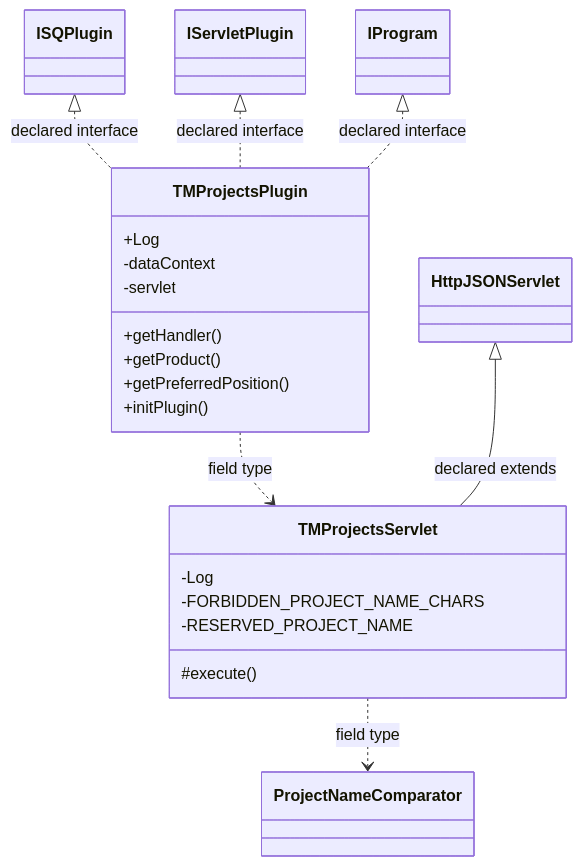
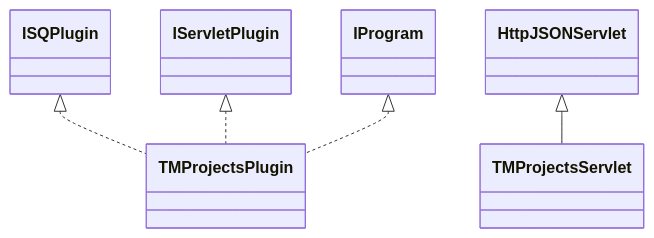
One commit to haruperi/HaruQuantAI changed the diagram in docs/sqx/CustomProjects/TaskManagerProjects.md. Above: the diagram before and after it, drawn with Mermaid. The commit also changed other lines of this file and 1688 other files, not shown here.

````diff
--- a/docs/sqx/CustomProjects/TaskManagerProjects.md
+++ b/docs/sqx/CustomProjects/TaskManagerProjects.md
@@ -30,29 +26,13 @@
 ```mermaid
 classDiagram
-    class C5075626c0b0d["TMProjectsPlugin"] {
-        +Log
-        -dataContext
-        -servlet
-        +getHandler()
-        +getProduct()
-        +getPreferredPosition()
-        +initPlugin()
-    }
-    class Ce3bc5fa80dd0["TMProjectsServlet"] {
-        -Log
-        -FORBIDDEN_PROJECT_NAME_CHARS
-        -RESERVED_PROJECT_NAME
-        #execute()
-    }
-    class Cb01a7e55ea2e["ISQPlugin"]
-    class C1b6b4448b67b["IProgram"]
-    class C3d7572d63292["ProjectNameComparator"]
-    class C249b5c671b1a["IServletPlugin"]
-    class C8900f90ae594["HttpJSONServlet"]
-    Cb01a7e55ea2e <|.. C5075626c0b0d : declared interface
-    C249b5c671b1a <|.. C5075626c0b0d : declared interface
-    C1b6b4448b67b <|.. C5075626c0b0d : declared interface
-    C5075626c0b0d ..> Ce3bc5fa80dd0 : field type
-    C8900f90ae594 <|-- Ce3bc5fa80dd0 : declared extends
-    Ce3bc5fa80dd0 ..> C3d7572d63292 : field type
+    class C0["TMProjectsPlugin"]
+    class C1["TMProjectsServlet"]
+    class E0["ISQPlugin"]
+    E0 <|.. C0
+    class E1["IServletPlugin"]
+    E1 <|.. C0
+    class E2["IProgram"]
+    E2 <|.. C0
+    class E3["HttpJSONServlet"]
+    E3 <|-- C1
 ```
````
